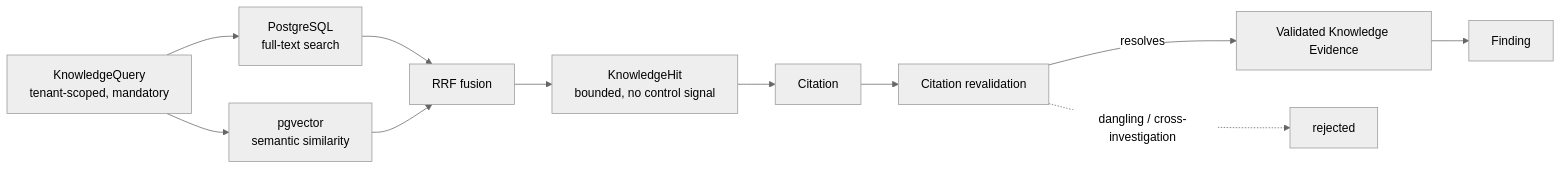
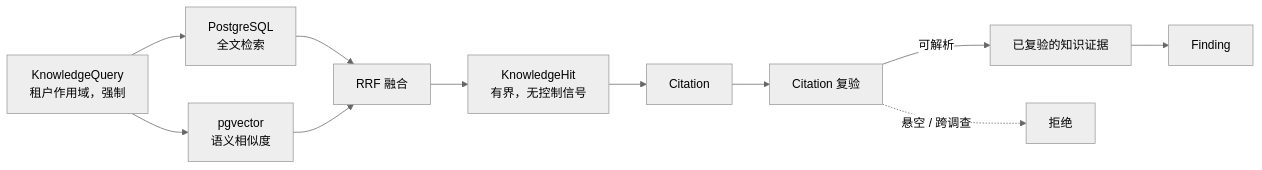
Before and after one commit to xsc683/HISIEM-SOC-Copilot: the fourth of 8 diagrams in docs/status/architecture-overview.md, drawn with Mermaid (neutral theme). The commit also changed other lines of this file, not shown here.

First line of the commit message:
docs(status): translate architecture-overview.md to Chinese

````diff
--- a/docs/status/architecture-overview.md
+++ b/docs/status/architecture-overview.md
@@ -149,23 +146,23 @@
 ```mermaid
 flowchart LR
-    Q["KnowledgeQuery<br/>tenant-scoped, mandatory"]
-    FTS["PostgreSQL<br/>full-text search"]
-    VEC["pgvector<br/>semantic similarity"]
-    RRF["RRF fusion"]
-    HIT["KnowledgeHit<br/>bounded, no control signal"]
+    Q["KnowledgeQuery<br/>租户作用域，强制"]
+    FTS["PostgreSQL<br/>全文检索"]
+    VEC["pgvector<br/>语义相似度"]
+    RRF["RRF 融合"]
+    HIT["KnowledgeHit<br/>有界，无控制信号"]
     CIT["Citation"]
-    REV["Citation revalidation"]
-    KEV["Validated Knowledge Evidence"]
+    REV["Citation 复验"]
+    KEV["已复验的知识证据"]
     FIND["Finding"]
 
     Q --> FTS
     Q --> VEC
     FTS --> RRF
     VEC --> RRF
     RRF --> HIT
     HIT --> CIT
     CIT --> REV
-    REV -->|"resolves"| KEV
-    REV -.->|"dangling / cross-investigation"| DROP["rejected"]
+    REV -->|"可解析"| KEV
+    REV -.->|"悬空 / 跨调查"| DROP["拒绝"]
     KEV --> FIND
 ```
````
